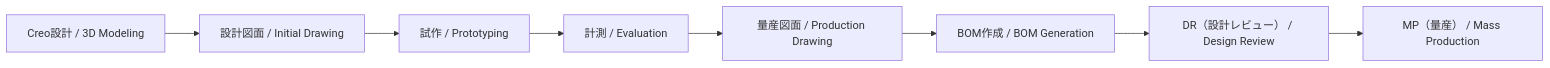
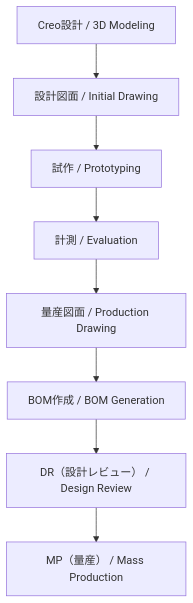
One commit to Samizo-AITL/EduMecha changed the diagram in 08_production_process/README.md. Above: the diagram before and after it, drawn with Mermaid.

````diff
--- a/08_production_process/README.md
+++ b/08_production_process/README.md
@@ -20,10 +20,10 @@
 ```mermaid
-flowchart LR
+flowchart TD
   A[Creo設計 / 3D Modeling] --> B[設計図面 / Initial Drawing]
   B --> C[試作 / Prototyping]
   C --> D[計測 / Evaluation]
   D --> E[量産図面 / Production Drawing]
   E --> F[BOM作成 / BOM Generation]
   F --> G[DR（設計レビュー） / Design Review]
   G --> H[MP（量産） / Mass Production]
 ```
````
